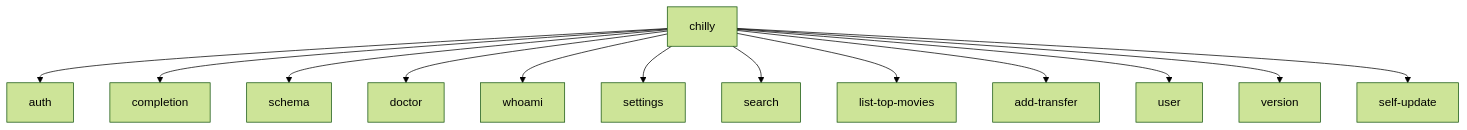
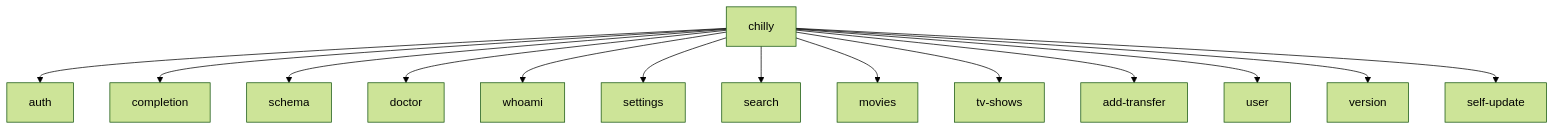
The second of 5 diagrams in docs/ARCHITECTURE.md (chill-institute/chill-institute-cli), drawn with Mermaid (forest theme) before and after one commit. The commit also changed other lines of this file and 22 other files, not shown here.

Commit message:
feat(cli): add movies and tv shows commands

````diff
--- a/docs/ARCHITECTURE.md
+++ b/docs/ARCHITECTURE.md
@@ -30,15 +30,16 @@
 ```mermaid
 graph TD
   Root["chilly"] --> Auth["auth"]
   Root --> Completion["completion"]
   Root --> Schema["schema"]
   Root --> Doctor["doctor"]
   Root --> Whoami["whoami"]
   Root --> Settings["settings"]
   Root --> Search["search"]
-  Root --> TopMovies["list-top-movies"]
+  Root --> Movies["movies"]
+  Root --> TVShows["tv-shows"]
   Root --> Transfer["add-transfer"]
   Root --> User["user"]
   Root --> Version["version"]
   Root --> SelfUpdate["self-update"]
 ```
````
